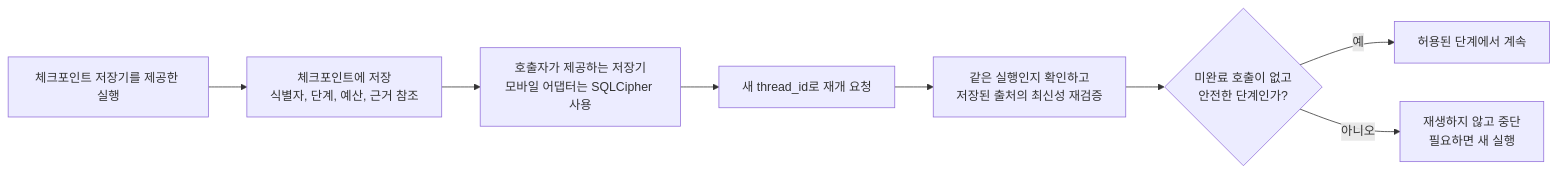
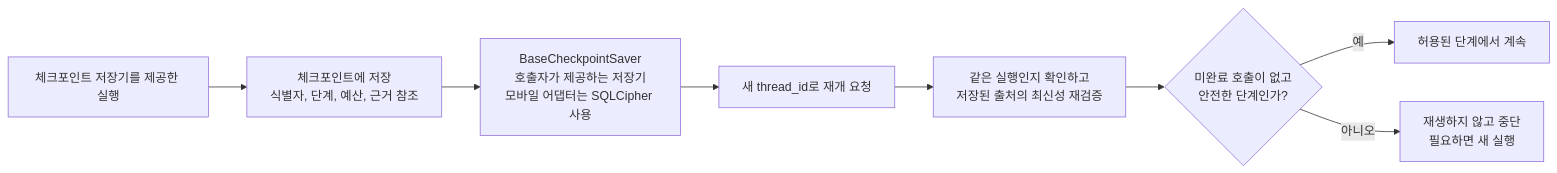
Before and after one commit to eunsoogi/orot: the sixth of 6 diagrams in docs/architecture.md, drawn with Mermaid. The commit also changed other lines of this file and 3 other files, not shown here.

````diff
--- a/docs/architecture.md
+++ b/docs/architecture.md
@@ -229,14 +231,14 @@
 ```mermaid
 flowchart LR
   run["체크포인트 저장기를 제공한 실행"]
   metadata["체크포인트에 저장<br/>식별자, 단계, 예산, 근거 참조"]
-  saver["호출자가 제공하는 저장기<br/>모바일 어댑터는 SQLCipher 사용"]
+  saver["BaseCheckpointSaver<br/>호출자가 제공하는 저장기<br/>모바일 어댑터는 SQLCipher 사용"]
   resume["새 thread_id로 재개 요청"]
   revalidate["같은 실행인지 확인하고<br/>저장된 출처의 최신성 재검증"]
   safe{"미완료 호출이 없고<br/>안전한 단계인가?"}
   continueRun["허용된 단계에서 계속"]
   stop["재생하지 않고 중단<br/>필요하면 새 실행"]
   run --> metadata --> saver --> resume --> revalidate --> safe
   safe -->|"예"| continueRun
   safe -->|"아니오"| stop
 ```
````
